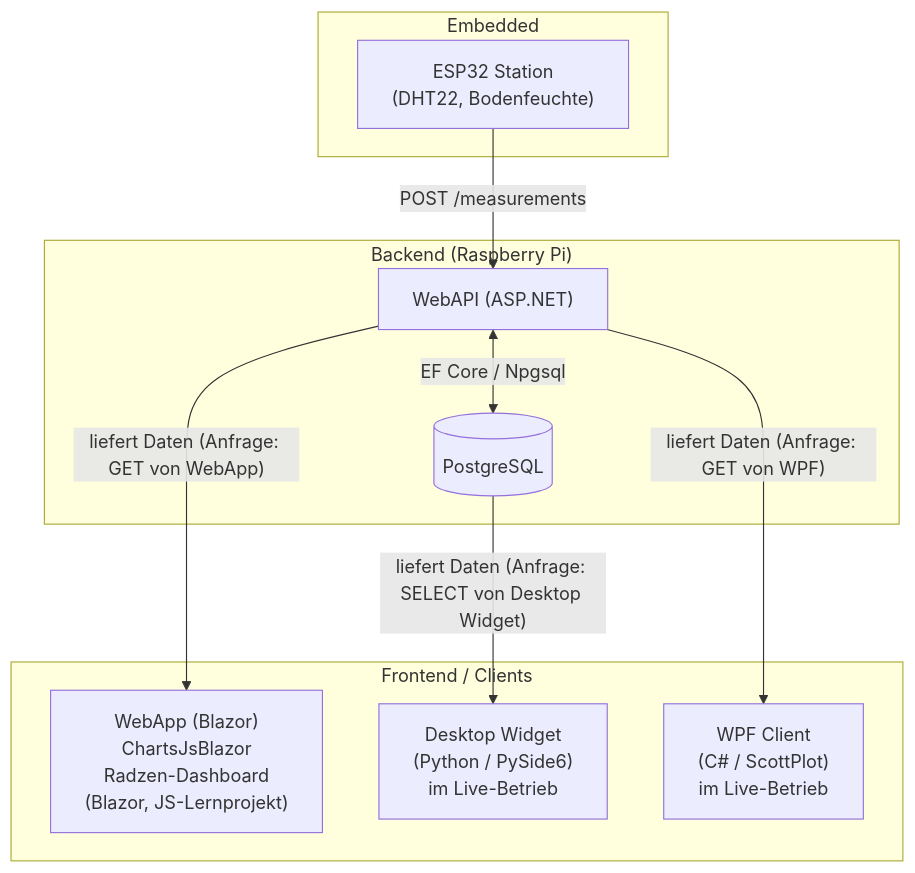
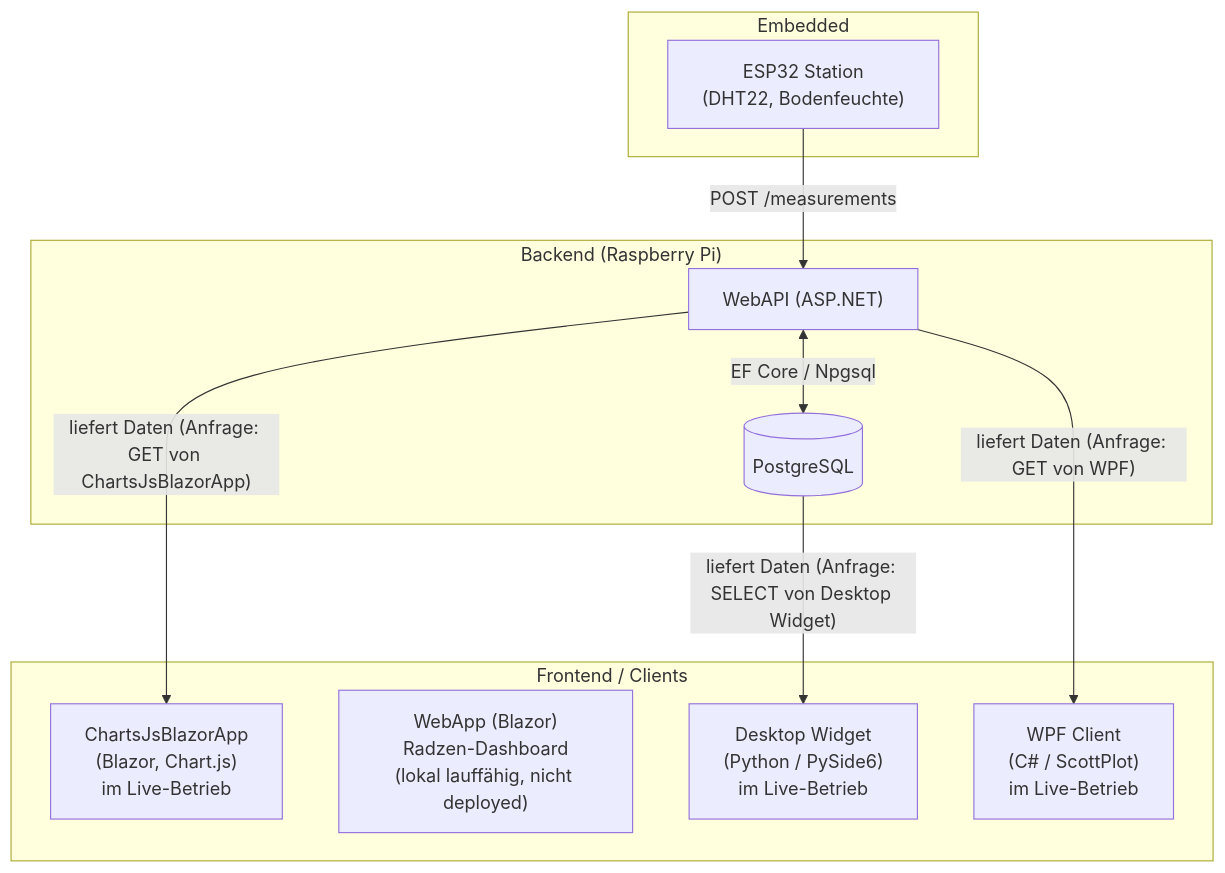
Before and after one commit to max-Woe/PlantStation-GitRepo: the diagram in README.md, drawn with Mermaid. The commit also changed other lines of this file, not shown here.

````diff
--- a/README.md
+++ b/README.md
@@ -9,23 +9,24 @@
 ```mermaid
 flowchart TD
     subgraph Embedded
         esp32["ESP32 Station<br/>(DHT22, Bodenfeuchte)"]
     end
 
     subgraph Backend["Backend (Raspberry Pi)"]
         api["WebAPI (ASP.NET)"]
         db[("PostgreSQL")]
     end
 
     subgraph Frontend["Frontend / Clients"]
-        webapp["WebApp (Blazor)<br/>ChartsJsBlazor<br/>Radzen-Dashboard<br/>(Blazor, JS-Lernprojekt)"]
+        blazor["ChartsJsBlazorApp<br/>(Blazor, Chart.js)<br/>im Live-Betrieb"]
+        webapp["WebApp (Blazor)<br/>Radzen-Dashboard<br/>(lokal lauffähig, nicht deployed)"]
         desktop["Desktop Widget<br/>(Python / PySide6)<br/>im Live-Betrieb"]
         wpf["WPF Client<br/>(C# / ScottPlot)<br/>im Live-Betrieb"]
     end
 
     esp32 -->|"POST /measurements"| api
     api <-->|"EF Core / Npgsql"| db
-    api -->|"liefert Daten (Anfrage: GET von WebApp)"| webapp
+    api -->|"liefert Daten (Anfrage: GET von ChartsJsBlazorApp)"| blazor
     api -->|"liefert Daten (Anfrage: GET von WPF)"| wpf
     db -->|"liefert Daten (Anfrage: SELECT von Desktop Widget)"| desktop
 ```
````
